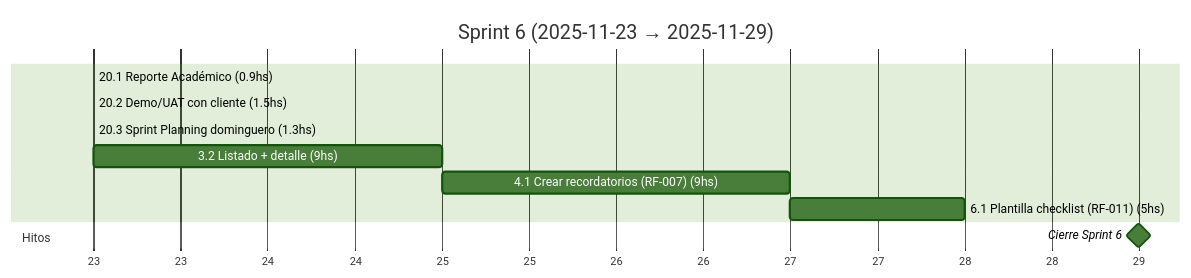
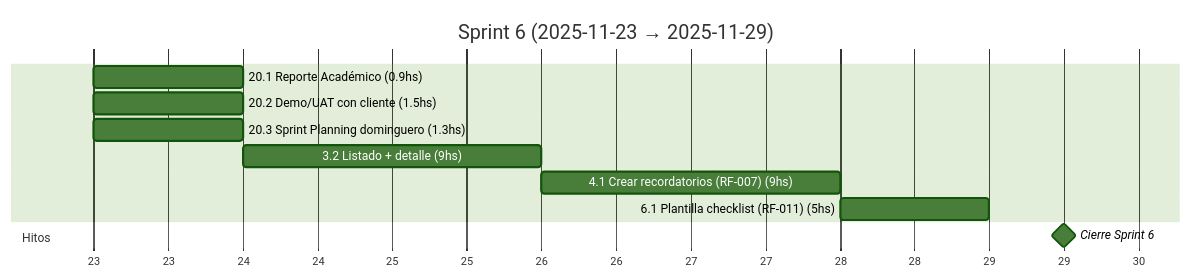
Before and after one commit to MarkMed/FleetMan: the seventh of 18 diagrams in docs/SprintsGantts.md, drawn with Mermaid (forest theme). The commit also changed other lines of this file, not shown here.

````diff
--- a/docs/SprintsGantts.md
+++ b/docs/SprintsGantts.md
@@ -174,18 +174,18 @@
 ```mermaid
 gantt
   title Sprint 6 (2025-11-23 → 2025-11-29)
   dateFormat  YYYY-MM-DD
   axisFormat  %d
 
   %% Asumimos 5 h/día. Horas estimadas incluidas en el nombre.
 
-  20.1 Reporte Académico (0.9hs)               :t201, 2025-11-23, 0.2d
-  20.2 Demo/UAT con cliente (1.5hs)            :t202, after t201, 0.3d
-  20.3 Sprint Planning dominguero (1.3hs)      :t203, after t202, 0.3d
-  3.2 Listado + detalle (9hs)                  :t32, after t203, 1.8d
-  4.1 Crear recordatorios (RF-007) (9hs)       :t41, after t32, 1.8d
+  20.1 Reporte Académico (0.9hs)               :t201, 2025-11-23, 1d
+  20.2 Demo/UAT con cliente (1.5hs)            :t202, 2025-11-23, 1d
+  20.3 Sprint Planning dominguero (1.3hs)      :t203, 2025-11-23, 1d
+  3.2 Listado + detalle (9hs)                  :t32, after t203, 2d
+  4.1 Crear recordatorios (RF-007) (9hs)       :t41, after t32, 2d
   6.1 Plantilla checklist (RF-011) (5hs)       :t61, after t41, 1d
 
   section Hitos
-  Cierre Sprint 6                              :milestone, s6, 2025-11-29, 0d
+  Cierre Sprint 6                              :milestone, s6, 2025-11-29, 1d
 ```
````
